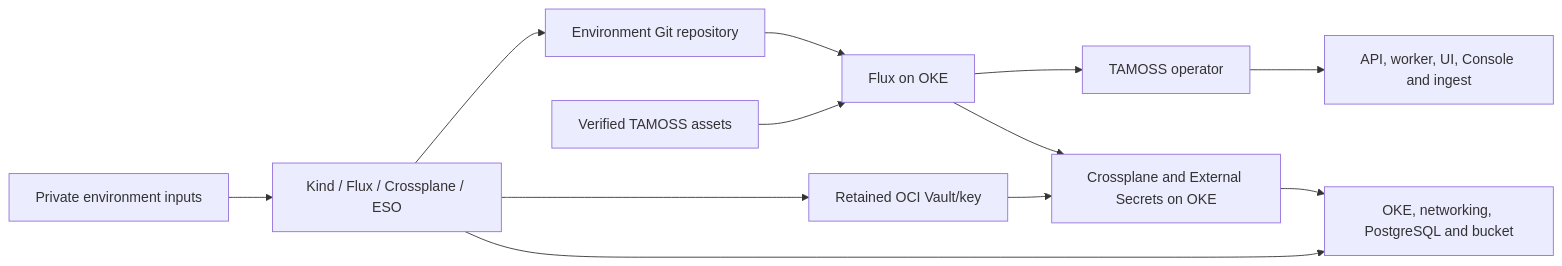
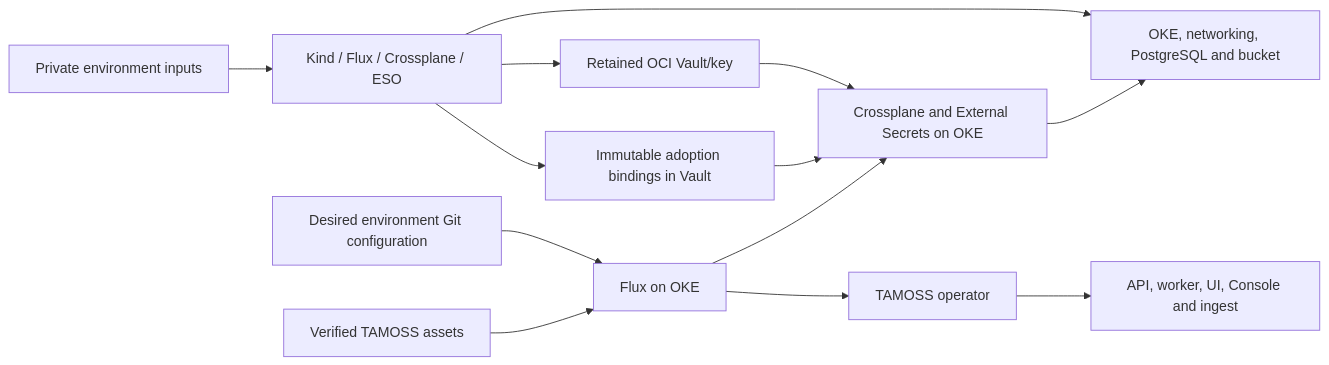
The diagram in docs/architecture.md (livewyer-ops/tamoss-cp-oci), drawn with Mermaid before and after one commit. The commit also changed other lines of this file and 55 other files, not shown here.

First line of the commit message:
feat!: reconcile deployment bindings through Vault

````diff
--- a/docs/architecture.md
+++ b/docs/architecture.md
@@ -32,14 +34,16 @@
 ```mermaid
 flowchart LR
     Inputs[Private environment inputs] --> Kind[Kind / Flux / Crossplane / ESO]
     Kind --> OCI[OKE, networking, PostgreSQL and bucket]
     Kind --> Vault[Retained OCI Vault/key]
-    Kind --> Git[Environment Git repository]
+    Git[Desired environment Git configuration]
+    Kind --> Bindings[Immutable adoption bindings in Vault]
     Git --> Flux[Flux on OKE]
     Release[Verified TAMOSS assets] --> Flux
     Flux --> Runtime[Crossplane and External Secrets on OKE]
     Runtime --> OCI
     Vault --> Runtime
+    Bindings --> Runtime
     Flux --> Operator[TAMOSS operator]
     Operator --> App[API, worker, UI, Console and ingest]
 ```
````
